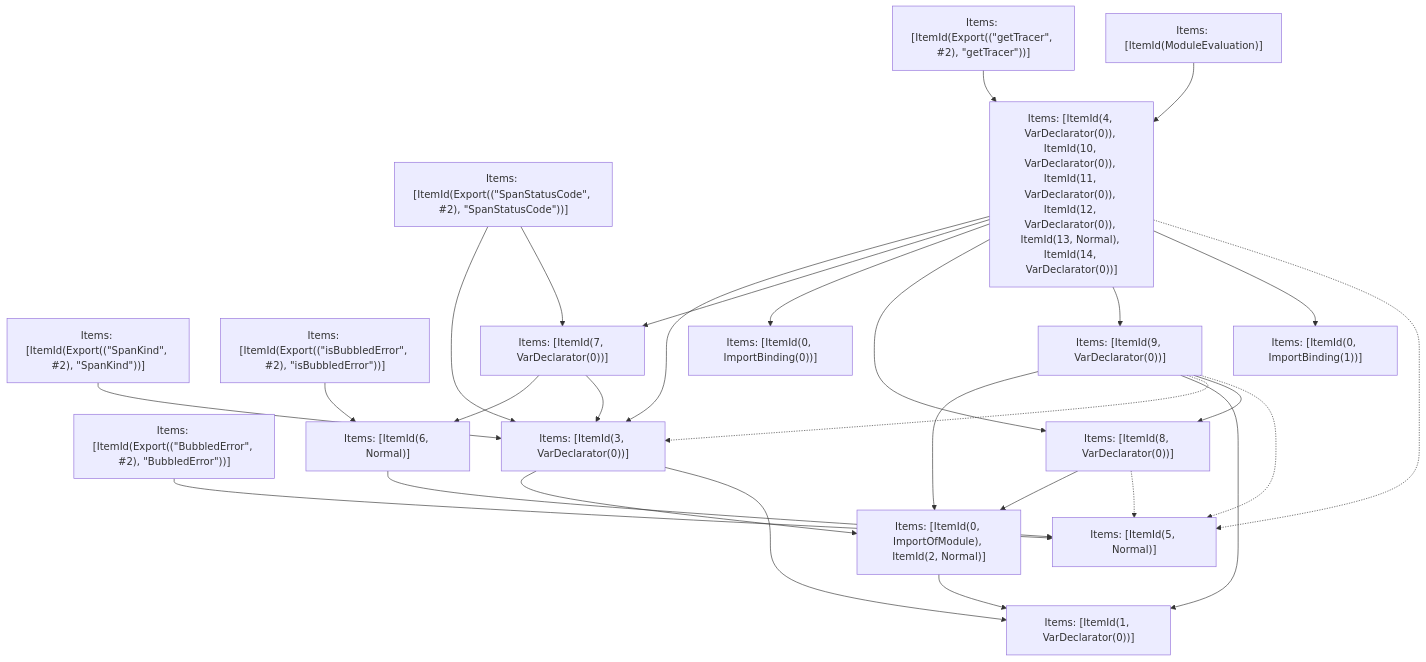
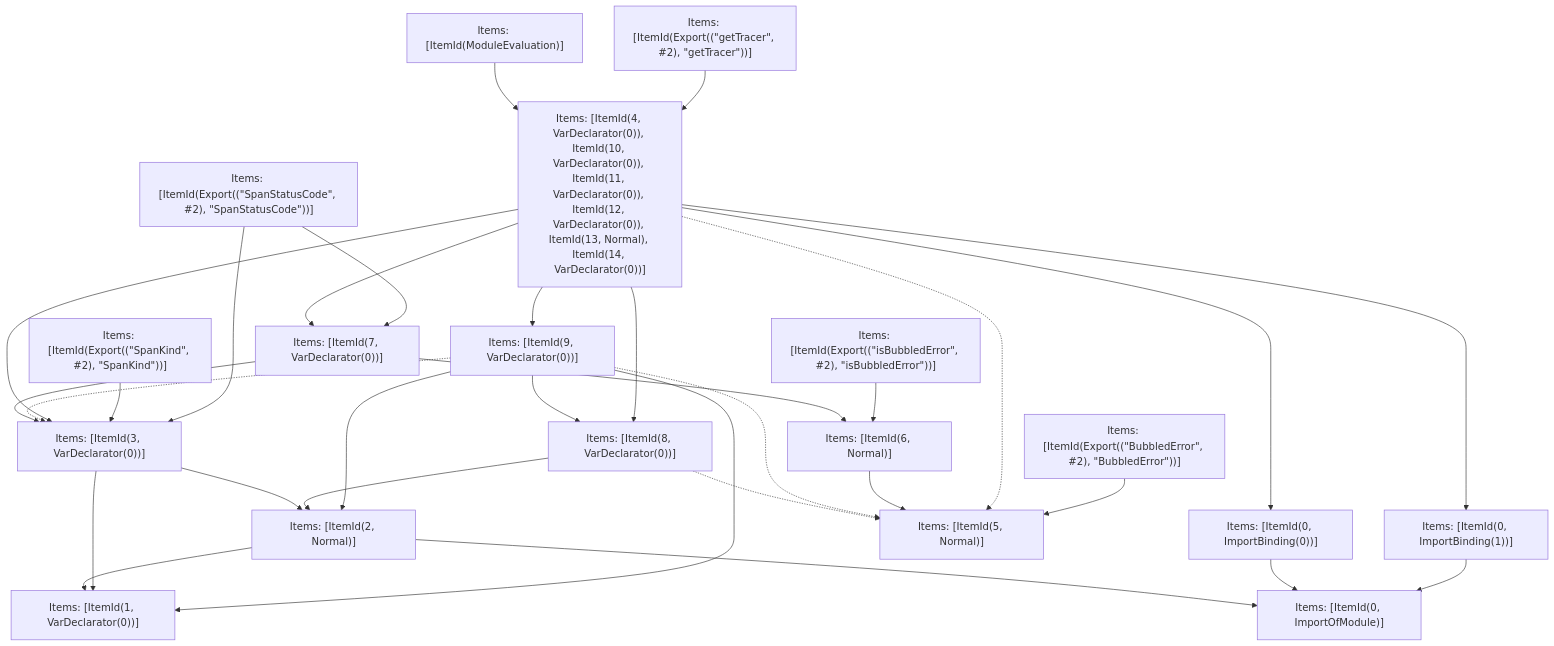
Before and after one commit to Dreitt/nextt: the fifth of 5 diagrams in turbopack/crates/turbopack-ecmascript/tests/tree-shaker/analyzer/nextjs-tracer/output.md, drawn with Mermaid. The commit also changed other lines of this file and 19 other files, not shown here.

````diff
--- a/turbopack/crates/turbopack-ecmascript/tests/tree-shaker/analyzer/nextjs-tracer/output.md
+++ b/turbopack/crates/turbopack-ecmascript/tests/tree-shaker/analyzer/nextjs-tracer/output.md
@@ -597,47 +597,51 @@
 ```mermaid
 graph TD
     N0["Items: [ItemId(ModuleEvaluation)]"];
     N1["Items: [ItemId(Export((&quot;BubbledError&quot;, #2), &quot;BubbledError&quot;))]"];
     N2["Items: [ItemId(Export((&quot;SpanKind&quot;, #2), &quot;SpanKind&quot;))]"];
     N3["Items: [ItemId(Export((&quot;SpanStatusCode&quot;, #2), &quot;SpanStatusCode&quot;))]"];
     N4["Items: [ItemId(Export((&quot;getTracer&quot;, #2), &quot;getTracer&quot;))]"];
     N5["Items: [ItemId(Export((&quot;isBubbledError&quot;, #2), &quot;isBubbledError&quot;))]"];
-    N6["Items: [ItemId(0, ImportOfModule), ItemId(2, Normal)]"];
+    N6["Items: [ItemId(0, ImportOfModule)]"];
     N7["Items: [ItemId(0, ImportBinding(0))]"];
     N8["Items: [ItemId(0, ImportBinding(1))]"];
     N9["Items: [ItemId(1, VarDeclarator(0))]"];
-    N10["Items: [ItemId(3, VarDeclarator(0))]"];
-    N11["Items: [ItemId(4, VarDeclarator(0)), ItemId(10, VarDeclarator(0)), ItemId(11, VarDeclarator(0)), ItemId(12, VarDeclarator(0)), ItemId(13, Normal), ItemId(14, VarDeclarator(0))]"];
-    N12["Items: [ItemId(5, Normal)]"];
-    N13["Items: [ItemId(6, Normal)]"];
-    N14["Items: [ItemId(7, VarDeclarator(0))]"];
-    N15["Items: [ItemId(8, VarDeclarator(0))]"];
-    N16["Items: [ItemId(9, VarDeclarator(0))]"];
-    N6 --> N9;
-    N13 --> N12;
+    N10["Items: [ItemId(2, Normal)]"];
+    N11["Items: [ItemId(3, VarDeclarator(0))]"];
+    N12["Items: [ItemId(4, VarDeclarator(0)), ItemId(10, VarDeclarator(0)), ItemId(11, VarDeclarator(0)), ItemId(12, VarDeclarator(0)), ItemId(13, Normal), ItemId(14, VarDeclarator(0))]"];
+    N13["Items: [ItemId(5, Normal)]"];
+    N14["Items: [ItemId(6, Normal)]"];
+    N15["Items: [ItemId(7, VarDeclarator(0))]"];
+    N16["Items: [ItemId(8, VarDeclarator(0))]"];
+    N17["Items: [ItemId(9, VarDeclarator(0))]"];
+    N10 --> N9;
     N10 --> N6;
-    N10 --> N9;
+    N11 --> N10;
+    N11 --> N9;
+    N15 --> N14;
+    N15 --> N11;
+    N16 --> N10;
+    N16 -.-> N13;
+    N17 --> N10;
+    N17 --> N9;
+    N17 -.-> N11;
+    N17 --> N16;
+    N17 -.-> N13;
+    N7 --> N6;
+    N12 --> N11;
+    N2 --> N11;
+    N12 --> N15;
+    N12 --> N7;
+    N12 --> N16;
+    N12 --> N17;
+    N0 --> N12;
+    N12 --> N8;
     N14 --> N13;
-    N14 --> N10;
-    N15 --> N6;
-    N15 -.-> N12;
-    N16 --> N6;
-    N16 --> N9;
-    N16 -.-> N10;
-    N16 --> N15;
-    N16 -.-> N12;
-    N2 --> N10;
-    N11 --> N10;
-    N4 --> N11;
-    N11 --> N14;
-    N11 --> N7;
-    N11 --> N15;
-    N11 --> N16;
-    N3 --> N10;
-    N11 --> N8;
-    N3 --> N14;
-    N0 --> N11;
-    N11 -.-> N12;
-    N1 --> N12;
-    N5 --> N13;
+    N8 --> N6;
+    N12 -.-> N13;
+    N1 --> N13;
+    N5 --> N14;
+    N4 --> N12;
+    N3 --> N15;
+    N3 --> N11;
 ```
````
